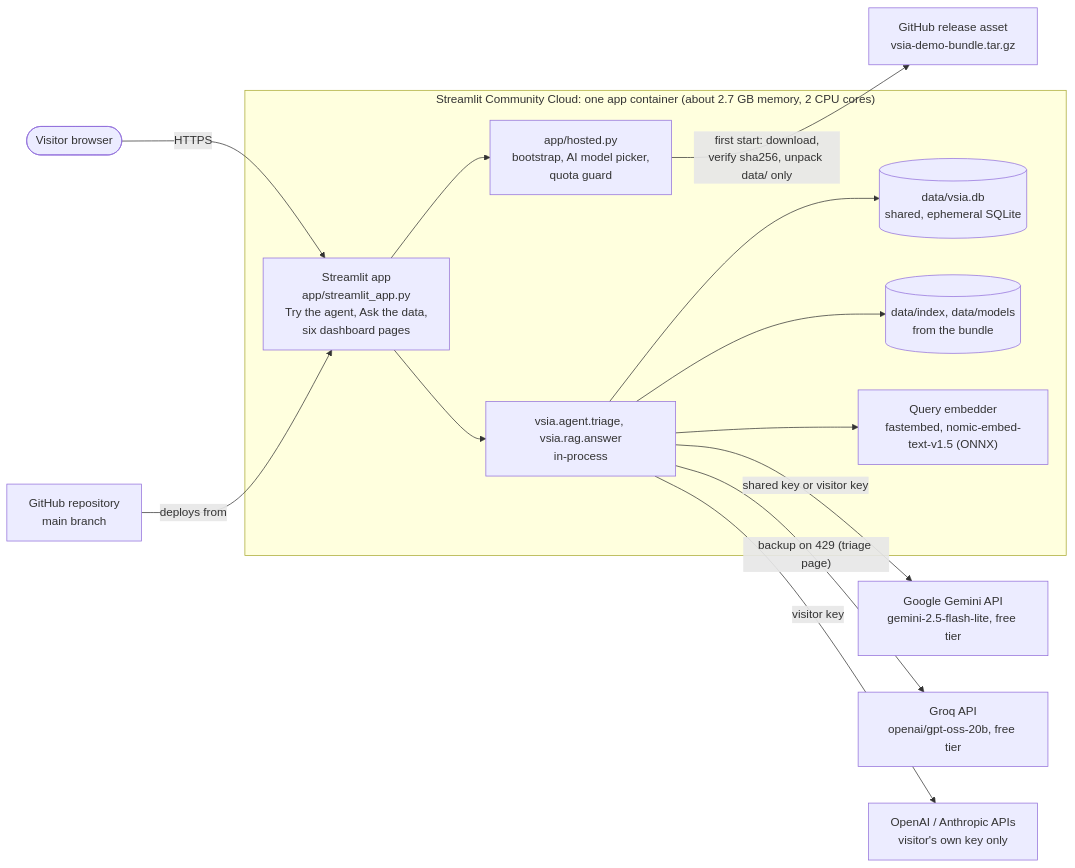
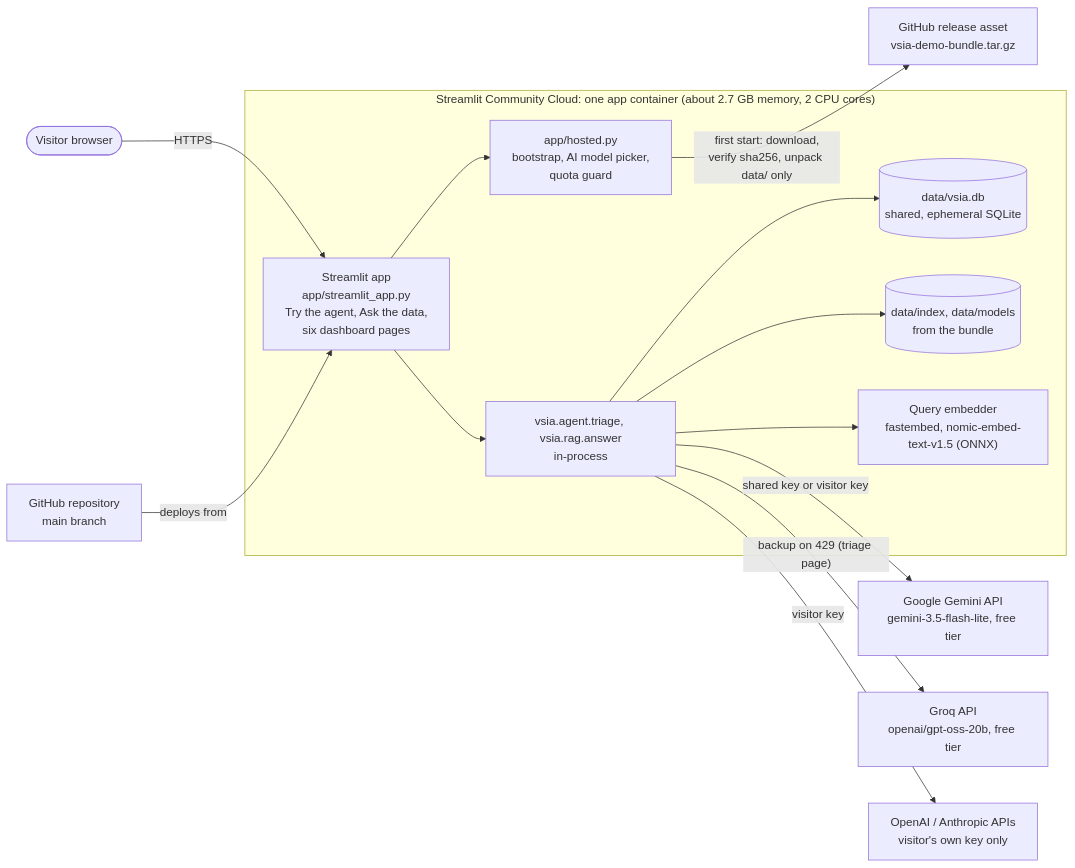
One commit to Yashgujre/vehicle-service-intelligence-agent changed the second of 2 diagrams in docs/architecture/deployment.md. Above: the diagram before and after it, drawn with Mermaid. The commit also changed other lines of this file and 11 other files, not shown here.

First line of the commit message:
Switch hosted Gemini model to gemini-3.5-flash-lite

````diff
--- a/docs/architecture/deployment.md
+++ b/docs/architecture/deployment.md
@@ -198,29 +198,29 @@
 ```mermaid
 flowchart LR
   visitor(["Visitor browser"])
   subgraph scc["Streamlit Community Cloud: one app container (about 2.7 GB memory, 2 CPU cores)"]
     app["Streamlit app<br/>app/streamlit_app.py<br/>Try the agent, Ask the data,<br/>six dashboard pages"]
     hosted["app/hosted.py<br/>bootstrap, AI model picker,<br/>quota guard"]
     core["vsia.agent.triage, vsia.rag.answer<br/>in-process"]
     embed["Query embedder<br/>fastembed, nomic-embed-text-v1.5 (ONNX)"]
     sqlite[("data/vsia.db<br/>shared, ephemeral SQLite")]
     files[("data/index, data/models<br/>from the bundle")]
   end
   gh["GitHub repository<br/>main branch"]
   rel["GitHub release asset<br/>vsia-demo-bundle.tar.gz"]
-  gem["Google Gemini API<br/>gemini-2.5-flash-lite, free tier"]
+  gem["Google Gemini API<br/>gemini-3.5-flash-lite, free tier"]
   groq["Groq API<br/>openai/gpt-oss-20b, free tier"]
   paid["OpenAI / Anthropic APIs<br/>visitor's own key only"]
 
   visitor -->|"HTTPS"| app
   gh -->|"deploys from"| app
   app --> hosted
   app --> core
   hosted -->|"first start: download,<br/>verify sha256, unpack data/ only"| rel
   core --> sqlite
   core --> files
   core --> embed
   core -->|"shared key or visitor key"| gem
   core -->|"backup on 429 (triage page)"| groq
   core -->|"visitor key"| paid
 ```
````
